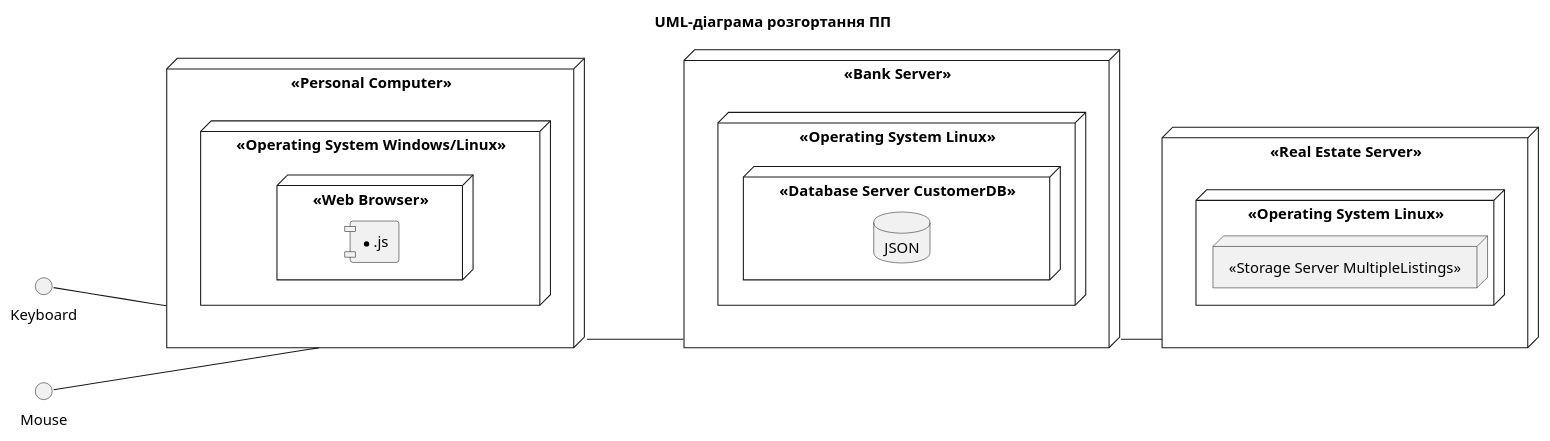
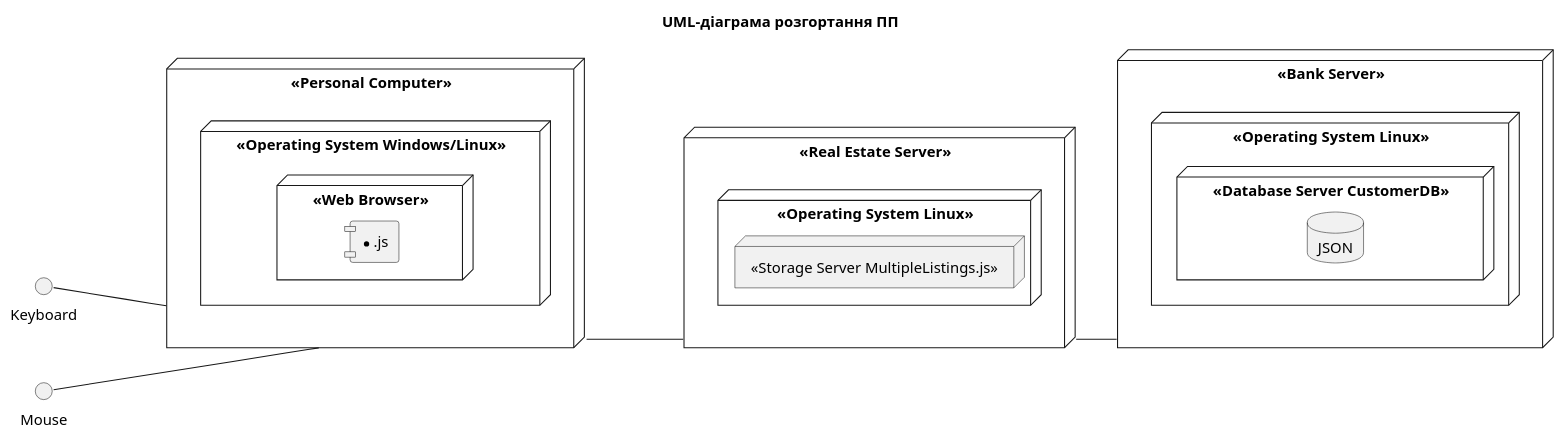
One commit to oleksandrblazhko/ai-191-buriak changed the diagram in Laboratory-work-2/UML-Deployment.puml. Above: the diagram before and after it, drawn with PlantUML.

```diff
--- a/Laboratory-work-2/UML-Deployment.puml
+++ b/Laboratory-work-2/UML-Deployment.puml
@@ -1,45 +1,45 @@
 @startuml
 
 title UML-діаграма розгортання ПП
 
 left to right direction
 
 skinparam componentStyle uml1
 
 node "<<Personal Computer>>" as pc {
     node "<<Operating System Windows/Linux>>" {
         node "<<Web Browser>>" {
             component [*.js]
         }
     }
 }
 
 interface Keyboard
 
 interface Mouse
 
 Keyboard -- pc
 
 Mouse -- pc
 
-node "<<Bank Server>>" as serv1 {
+node "<<Real Estate Server>>" as serv1 {
+	node "<<Operating System Linux>>" as l2 {
+	    node "<<Storage Server MultipleListings.js>>" {
+		    component [*.js]
+		}
+	}
+}
+
+pc -- serv1
+
+node "<<Bank Server>>" as serv2 {
 	node "<<Operating System Linux>>" as l1 {
 	    node "<<Database Server CustomerDB>>" {
 		     database JSON
 		}
 	}
 }
 
-pc -- serv1
-
-node "<<Real Estate Server>>" as serv2 {
-	node "<<Operating System Linux>>" as l2 {
-	    node "<<Storage Server MultipleListings>>" {
-		    component [*.js]
-		}
-	}
-}
-
 serv1 -- serv2
 
 @enduml
```
